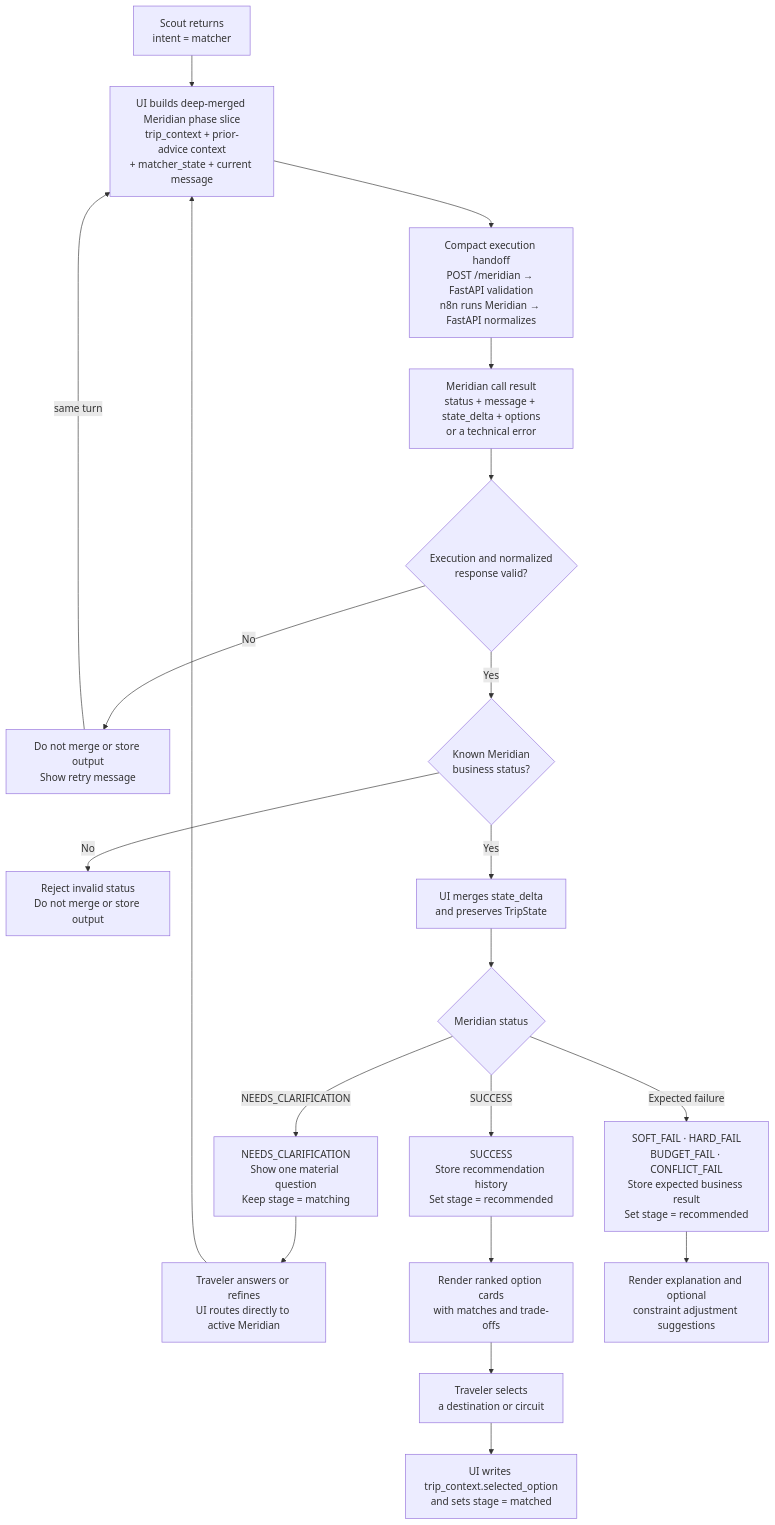
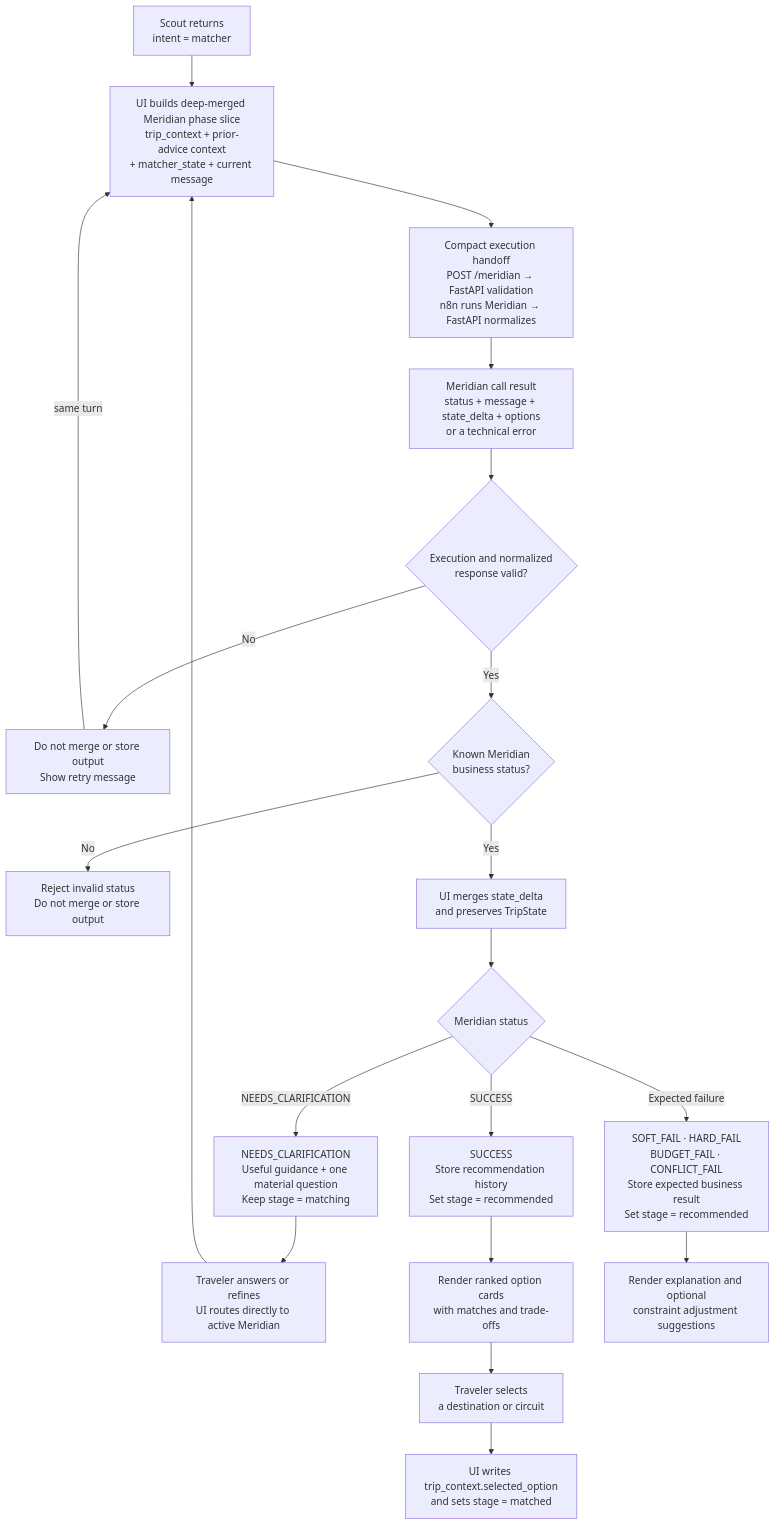
Before and after one commit to agarwalnaina1496/TWM_Docs: the diagram in trip-matcher/README.md, drawn with Mermaid. The commit also changed other lines of this file and 6 other files, not shown here.

````diff
--- a/trip-matcher/README.md
+++ b/trip-matcher/README.md
@@ -20,33 +22,33 @@
 ```mermaid
 flowchart TB
     Start["Scout returns<br/>intent = matcher"]
     Build["UI builds deep-merged Meridian phase slice<br/>trip_context + prior-advice context<br/>+ matcher_state + current message"]
     Handoff["Compact execution handoff<br/>POST /meridian → FastAPI validation<br/>n8n runs Meridian → FastAPI normalizes"]
     Result["Meridian call result<br/>status + message + state_delta + options<br/>or a technical error"]
 
     Infrastructure{"Execution and normalized<br/>response valid?"}
     Retry["Do not merge or store output<br/>Show retry message"]
     BusinessStatus{"Known Meridian<br/>business status?"}
     Invalid["Reject invalid status<br/>Do not merge or store output"]
     Merge["UI merges state_delta<br/>and preserves TripState"]
     Status{"Meridian status"}
-    Clarify["NEEDS_CLARIFICATION<br/>Show one material question<br/>Keep stage = matching"]
+    Clarify["NEEDS_CLARIFICATION<br/>Useful guidance + one material question<br/>Keep stage = matching"]
     Answer["Traveler answers or refines<br/>UI routes directly to active Meridian"]
     Recommendation["SUCCESS<br/>Store recommendation history<br/>Set stage = recommended"]
     Cards["Render ranked option cards<br/>with matches and trade-offs"]
     Failure["SOFT_FAIL · HARD_FAIL<br/>BUDGET_FAIL · CONFLICT_FAIL<br/>Store expected business result<br/>Set stage = recommended"]
     Explain["Render explanation and optional<br/>constraint adjustment suggestions"]
     Select["Traveler selects<br/>a destination or circuit"]
     Matched["UI writes trip_context.selected_option<br/>and sets stage = matched"]
 
     Start --> Build --> Handoff --> Result --> Infrastructure
 
     Infrastructure -->|No| Retry
     Retry -->|same turn| Build
     Infrastructure -->|Yes| BusinessStatus
     BusinessStatus -->|No| Invalid
     BusinessStatus -->|Yes| Merge --> Status
     Status -->|NEEDS_CLARIFICATION| Clarify --> Answer --> Build
     Status -->|SUCCESS| Recommendation --> Cards --> Select --> Matched
     Status -->|Expected failure| Failure --> Explain
 ```
````
